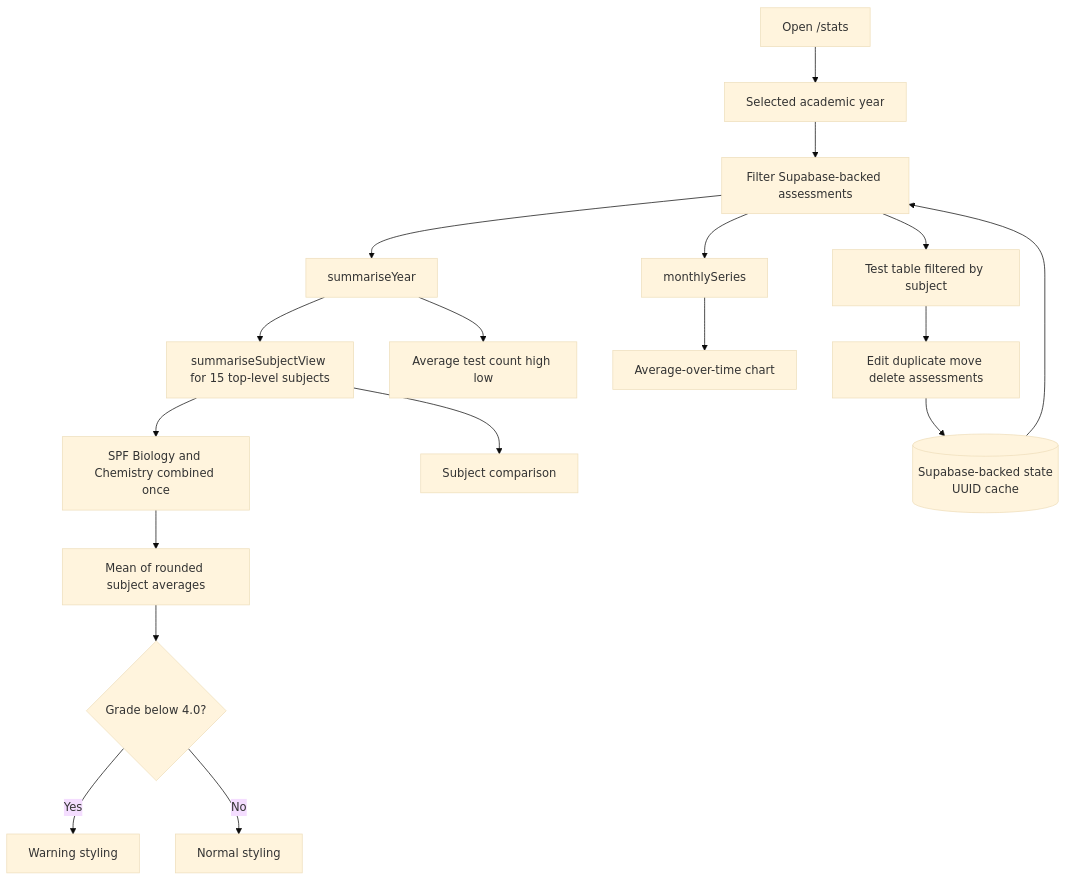
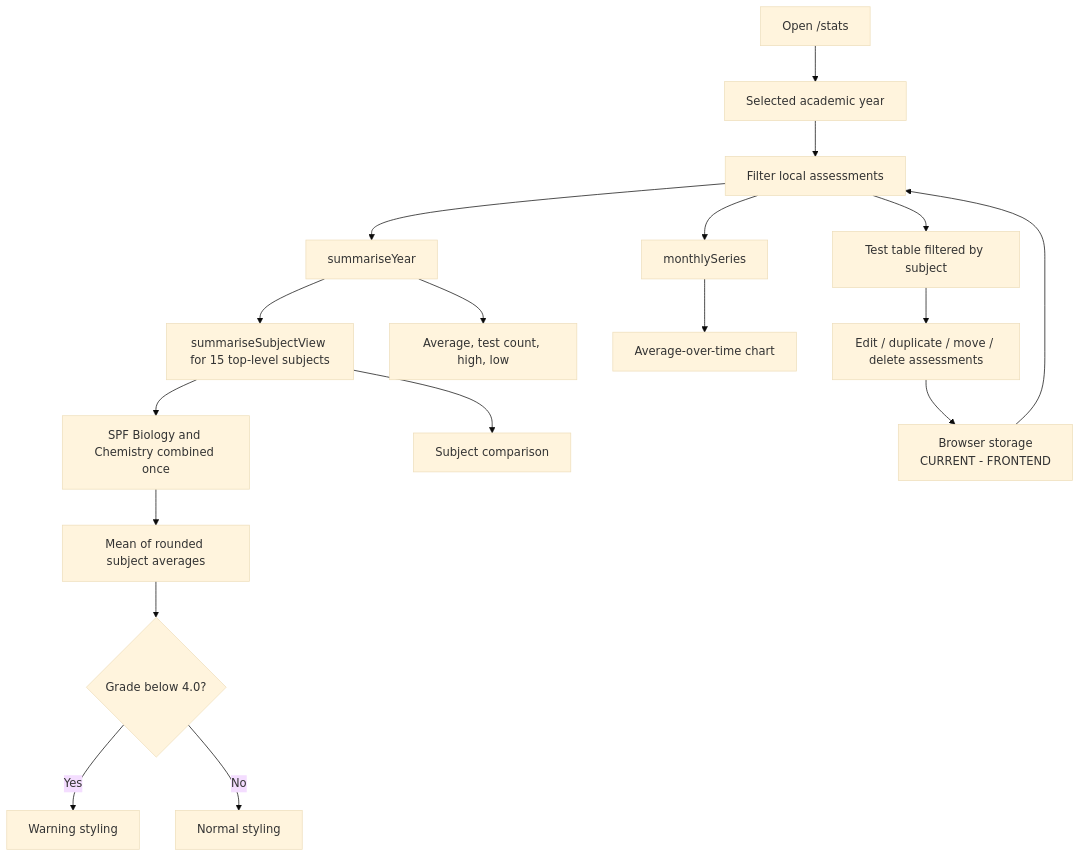
Before and after one commit to keyshavmor/study-swiss-star: the diagram in lovabledocs/wireframes/13-statistics.mmd, drawn with Mermaid (base theme). The commit also changed 423 other files, not shown here.

Commit message:
Reconcile backend branch with current frontend and live Supabase

```diff
--- a/lovabledocs/wireframes/13-statistics.mmd
+++ b/lovabledocs/wireframes/13-statistics.mmd
@@ -1,18 +1,19 @@
+%% /stats (routes/_authenticated/stats.tsx).
 flowchart TD
-  Open[Open /stats] --> Year[Selected academic year]
-  Year --> Filter[Filter Supabase-backed assessments]
-  Filter --> Summary[summariseYear]
-  Filter --> Monthly[monthlySeries]
-  Filter --> Rows[Test table filtered by subject]
-  Summary --> Subjects[summariseSubjectView for 15 top-level subjects]
-  Subjects --> SPF[SPF Biology and Chemistry combined once]
-  SPF --> YearAverage[Mean of rounded subject averages]
-  Summary --> KPI[Average test count high low]
-  Monthly --> Trend[Average-over-time chart]
-  Subjects --> Compare[Subject comparison]
-  Rows --> CRUD[Edit duplicate move delete assessments]
-  CRUD --> Store[(Supabase-backed state\nUUID cache)]
+  Open["Open /stats"] --> Year["Selected academic year"]
+  Year --> Filter["Filter local assessments"]
+  Filter --> Summary["summariseYear"]
+  Filter --> Monthly["monthlySeries"]
+  Filter --> Rows["Test table filtered by subject"]
+  Summary --> Subjects["summariseSubjectView for 15 top-level subjects"]
+  Subjects --> SPF["SPF Biology and Chemistry combined once"]
+  SPF --> YearAverage["Mean of rounded subject averages"]
+  Summary --> KPI["Average, test count, high, low"]
+  Monthly --> Trend["Average-over-time chart"]
+  Subjects --> Compare["Subject comparison"]
+  Rows --> CRUD["Edit / duplicate / move / delete assessments"]
+  CRUD --> Store["Browser storage<br/>CURRENT - FRONTEND"]
   Store --> Filter
-  YearAverage --> Failing{Grade below 4.0?}
-  Failing -->|Yes| Orange[Warning styling]
-  Failing -->|No| Standard[Normal styling]
+  YearAverage --> Failing{"Grade below 4.0?"}
+  Failing -->|Yes| Orange["Warning styling"]
+  Failing -->|No| Standard["Normal styling"]
```
